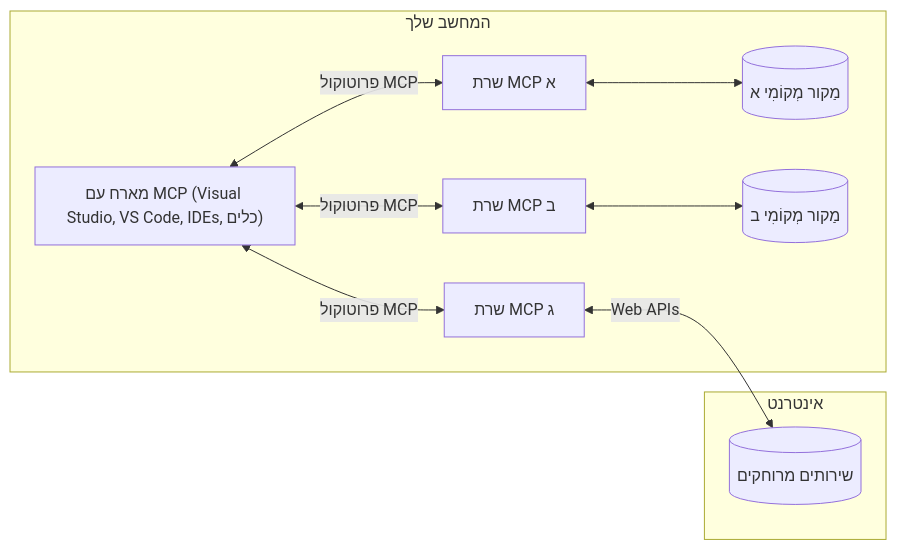
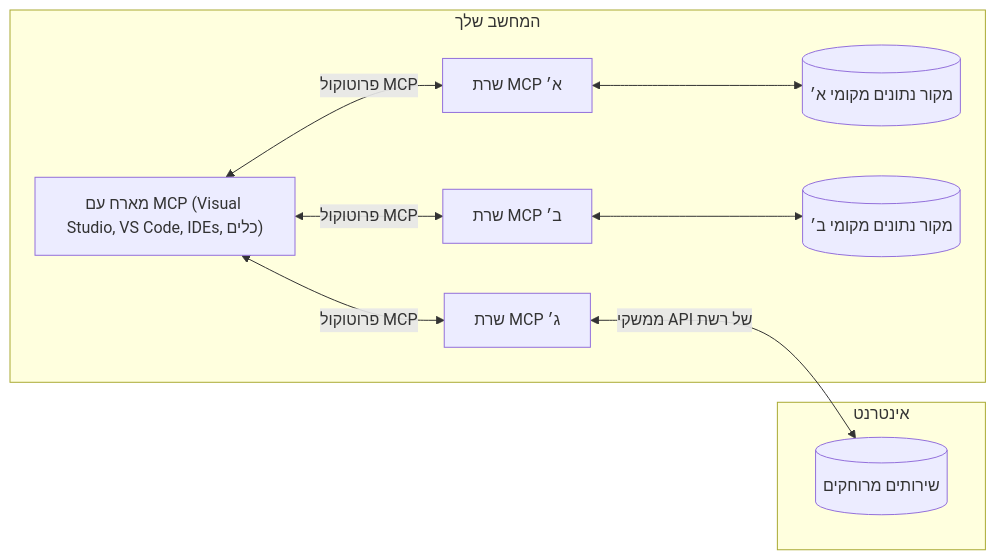
One commit to HIDORAKAI002/ai-workspace-archive changed the diagram in mcp_ecosystem__model_context_protocol/mcp_learning_resources/mcp-for-beginners/translations/he/01-CoreConcepts/README.md. Above: the diagram before and after it, drawn with Mermaid. The commit also changed other lines of this file and 1046 other files, not shown here.

````diff
--- a/mcp_ecosystem__model_context_protocol/mcp_learning_resources/mcp-for-beginners/translations/he/01-CoreConcepts/README.md
+++ b/mcp_ecosystem__model_context_protocol/mcp_learning_resources/mcp-for-beginners/translations/he/01-CoreConcepts/README.md
@@ -45,17 +44,17 @@
 ```mermaid
 flowchart LR
     subgraph "המחשב שלך"
         Host["מארח עם MCP (Visual Studio, VS Code, IDEs, כלים)"]
-        S1["שרת MCP א"]
-        S2["שרת MCP ב"]
-        S3["שרת MCP ג"]
+        S1["שרת MCP א׳"]
+        S2["שרת MCP ב׳"]
+        S3["שרת MCP ג׳"]
         Host <-->|"פרוטוקול MCP"| S1
         Host <-->|"פרוטוקול MCP"| S2
         Host <-->|"פרוטוקול MCP"| S3
-        S1 <--> D1[("מַקור מְקוֹמִי א")]
-        S2 <--> D2[("מַקור מְקוֹמִי ב")]
+        S1 <--> D1[("מקור נתונים מקומי א׳")]
+        S2 <--> D2[("מקור נתונים מקומי ב׳")]
     end
     subgraph "אינטרנט"
-        S3 <-->|"Web APIs"| D3[("שירותים מרוחקים")]
+        S3 <-->|"ממשקי API של רשת"| D3[("שירותים מרוחקים")]
     end
-```  
+```
````
